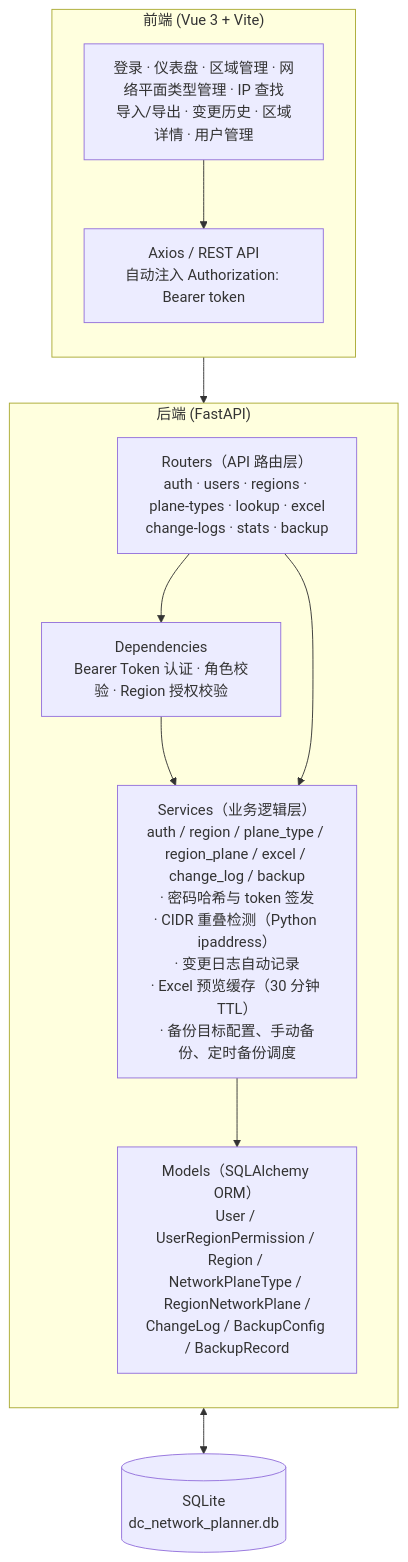
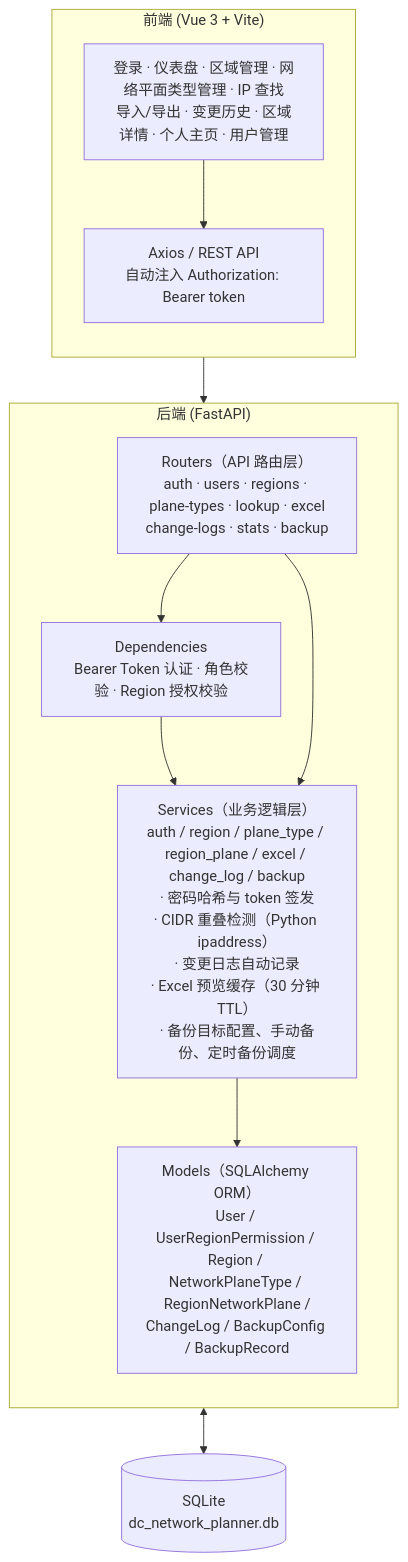
The first of 4 diagrams in SYSTEM_DESIGN.md (zhou-xingxing/dc-network-planner), drawn with Mermaid before and after one commit. The commit also changed other lines of this file and 19 other files, not shown here.

````diff
--- a/SYSTEM_DESIGN.md
+++ b/SYSTEM_DESIGN.md
@@ -38,25 +38,25 @@
 ```mermaid
 graph TB
     subgraph Frontend["前端 (Vue 3 + Vite)"]
         direction TB
-        FE_Pages["登录 · 仪表盘 · 区域管理 · 网络平面类型管理 · IP 查找<br/>导入/导出 · 变更历史 · 区域详情 · 用户管理"]
+        FE_Pages["登录 · 仪表盘 · 区域管理 · 网络平面类型管理 · IP 查找<br/>导入/导出 · 变更历史 · 区域详情 · 个人主页 · 用户管理"]
         FE_Axios["Axios / REST API<br/>自动注入 Authorization: Bearer token"]
         FE_Pages --> FE_Axios
     end
 
     subgraph Backend["后端 (FastAPI)"]
         direction TB
         Routers["Routers（API 路由层）<br/>auth · users · regions · plane-types · lookup · excel<br/>change-logs · stats · backup"]
         Deps["Dependencies<br/>Bearer Token 认证 · 角色校验 · Region 授权校验"]
         Services["Services（业务逻辑层）<br/>auth / region / plane_type / region_plane / excel / change_log / backup<br/>· 密码哈希与 token 签发<br/>· CIDR 重叠检测（Python ipaddress）<br/>· 变更日志自动记录<br/>· Excel 预览缓存（30 分钟 TTL）<br/>· 备份目标配置、手动备份、定时备份调度"]
         Models["Models（SQLAlchemy ORM）<br/>User / UserRegionPermission / Region / NetworkPlaneType / RegionNetworkPlane /<br/>ChangeLog / BackupConfig / BackupRecord"]
         Routers --> Deps
         Deps --> Services
         Routers --> Services --> Models
     end
 
     DB[("SQLite<br/>dc_network_planner.db")]
 
     FE_Axios --> Routers
     Models <--> DB
 ```
````
